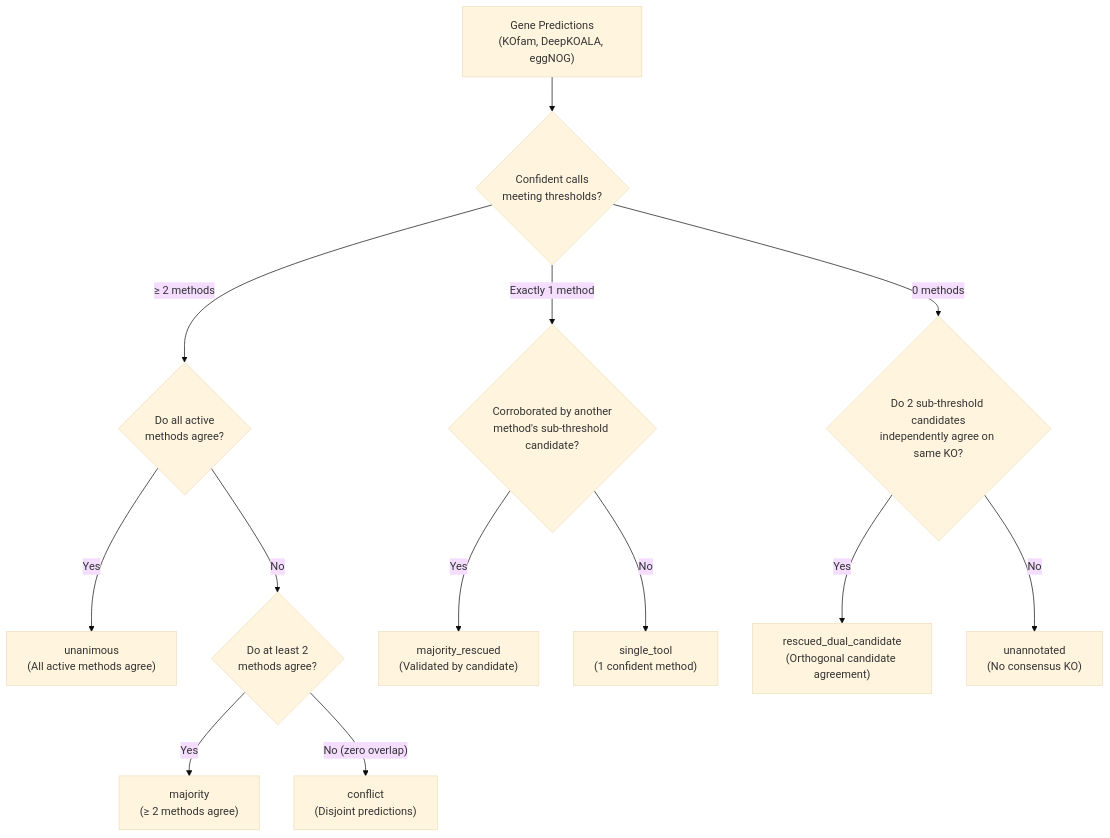
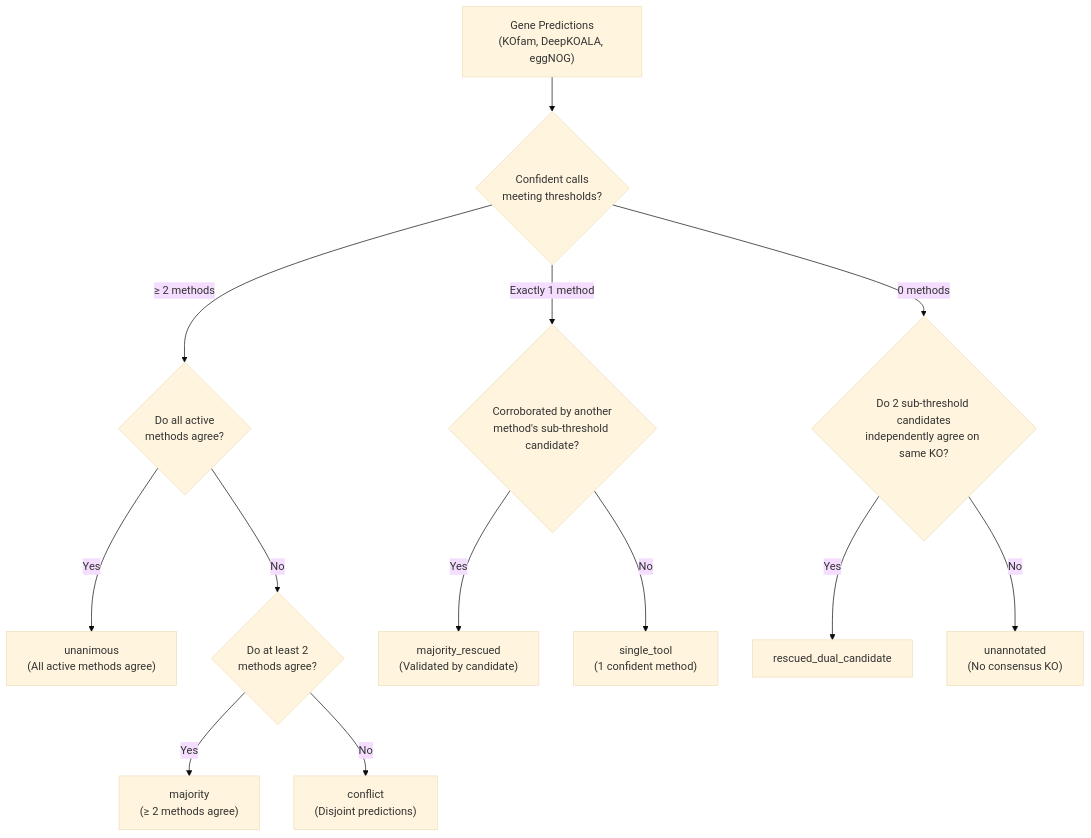
Before and after one commit to dylancronin/kolach: the diagram in README.md, drawn with Mermaid (base theme).

````diff
--- a/README.md
+++ b/README.md
@@ -101,18 +101,18 @@
 ```mermaid
 flowchart TD
     Start["Gene Predictions<br/>(KOfam, DeepKOALA, eggNOG)"] --> Count{"Confident calls<br/>meeting thresholds?"}
 
     Count -->|"≥ 2 methods"| AgreeAll{"Do all active<br/>methods agree?"}
     AgreeAll -->|"Yes"| Unanimous["unanimous<br/>(All active methods agree)"]
     AgreeAll -->|"No"| AgreePair{"Do at least 2<br/>methods agree?"}
     AgreePair -->|"Yes"| Majority["majority<br/>(≥ 2 methods agree)"]
-    AgreePair -->|"No (zero overlap)"| Conflict["conflict<br/>(Disjoint predictions)"]
+    AgreePair -->|"No"| Conflict["conflict<br/>(Disjoint predictions)"]
 
     Count -->|"Exactly 1 method"| CheckCandidate{"Corroborated by another<br/>method's sub-threshold candidate?"}
     CheckCandidate -->|"Yes"| MajorityRescued["majority_rescued<br/>(Validated by candidate)"]
     CheckCandidate -->|"No"| SingleTool["single_tool<br/>(1 confident method)"]
 
     Count -->|"0 methods"| CheckDual{"Do 2 sub-threshold candidates<br/>independently agree on same KO?"}
-    CheckDual -->|"Yes"| RescuedDual["rescued_dual_candidate<br/>(Orthogonal candidate agreement)"]
+    CheckDual -->|"Yes"| RescuedDual["rescued_dual_candidate<br/>"]
     CheckDual -->|"No"| Unannotated["unannotated<br/>(No consensus KO)"]
 ```
````
